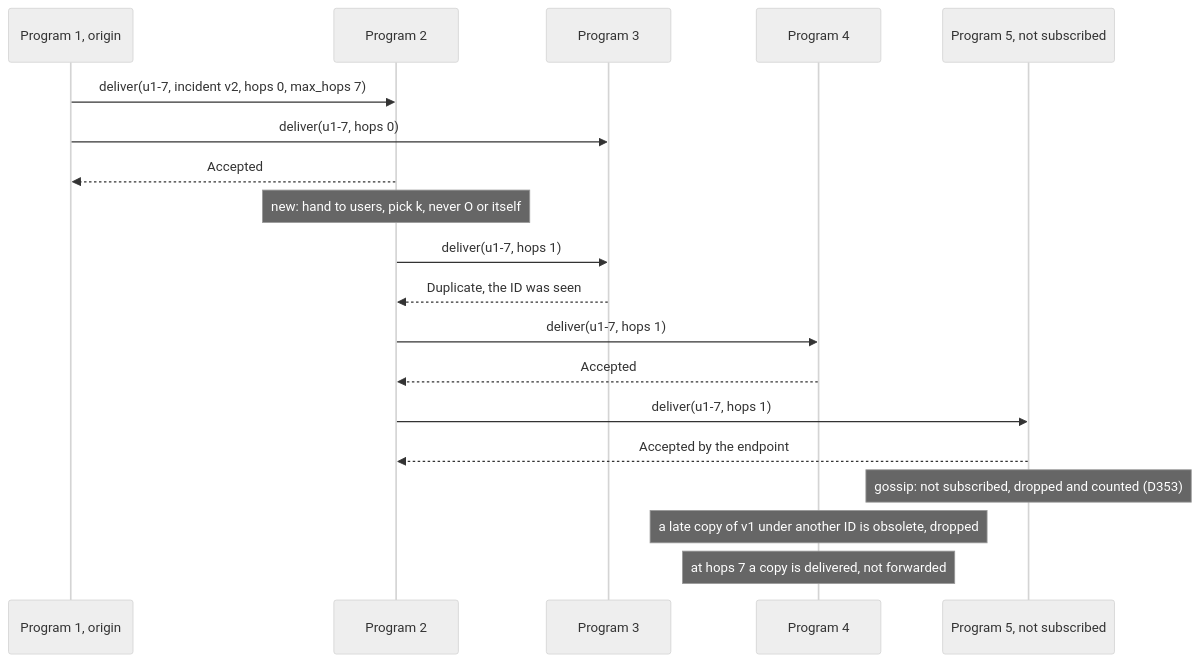
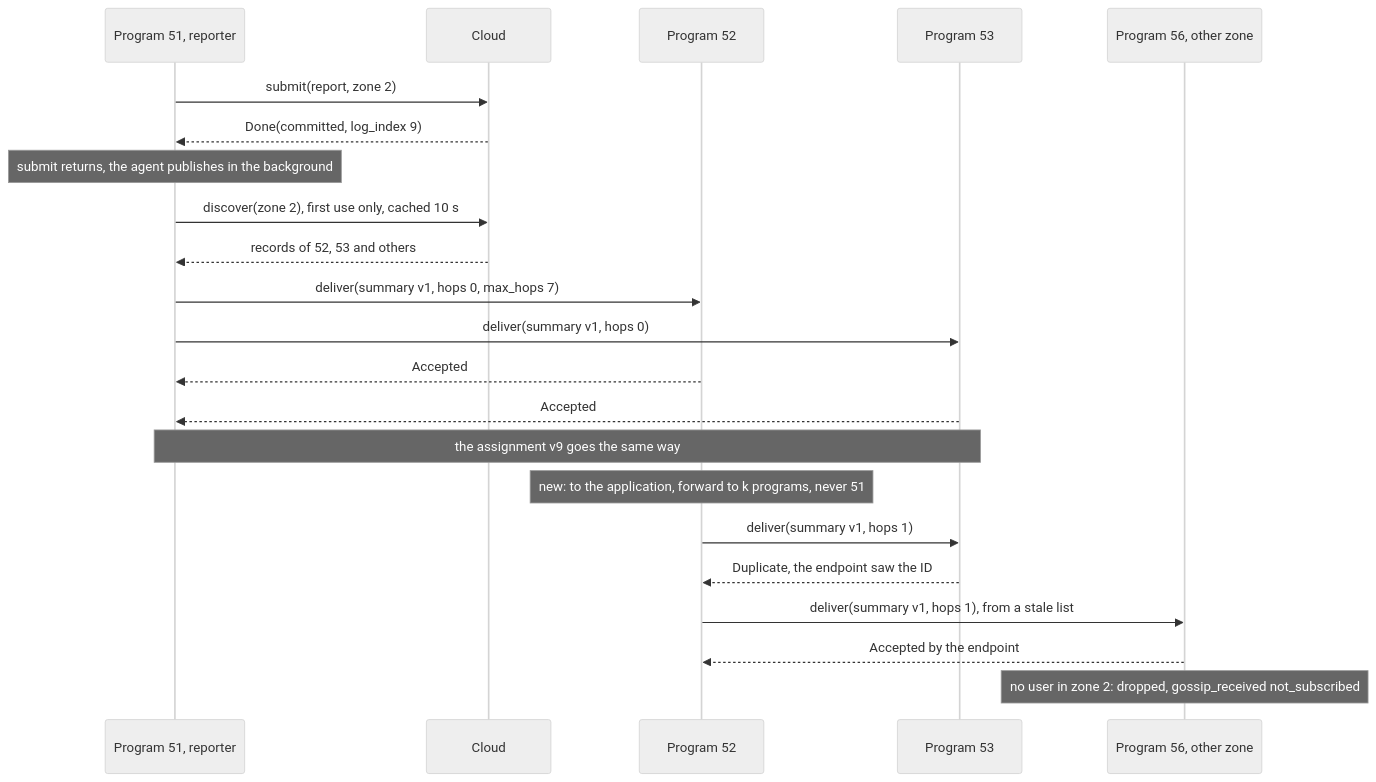
One commit to noortaytoy1/DistributedSystems changed diagram 53 of 54 in docs/architecture.md. Above: the diagram before and after it, drawn with Mermaid (neutral theme). The commit also changed other lines of this file and 15 other files, not shown here.

First line of the commit message:
Wire zone gossip into every client program (D351-D368) (#40)

````diff
--- a/docs/architecture.md
+++ b/docs/architecture.md
@@ -2230,21 +2264,24 @@
 ```mermaid
 sequenceDiagram
-    participant O as Program 1, origin
-    participant A as Program 2
-    participant B as Program 3
-    participant C as Program 4
-    participant N as Program 5, not subscribed
-    O->>A: deliver(u1-7, incident v2, hops 0, max_hops 7)
-    O->>B: deliver(u1-7, hops 0)
-    A-->>O: Accepted
-    Note over A: new: hand to users, pick k, never O or itself
-    A->>B: deliver(u1-7, hops 1)
-    B-->>A: Duplicate, the ID was seen
-    A->>C: deliver(u1-7, hops 1)
-    C-->>A: Accepted
-    A->>N: deliver(u1-7, hops 1)
+    participant R as Program 51, reporter
+    participant C as Cloud
+    participant A as Program 52
+    participant B as Program 53
+    participant N as Program 56, other zone
+    R->>C: submit(report, zone 2)
+    C-->>R: Done(committed, log_index 9)
+    Note over R: submit returns, the agent publishes in the background
+    R->>C: discover(zone 2), first use only, cached 10 s
+    C-->>R: records of 52, 53 and others
+    R->>A: deliver(summary v1, hops 0, max_hops 7)
+    R->>B: deliver(summary v1, hops 0)
+    A-->>R: Accepted
+    B-->>R: Accepted
+    Note over R,B: the assignment v9 goes the same way
+    Note over A: new: to the application, forward to k programs, never 51
+    A->>B: deliver(summary v1, hops 1)
+    B-->>A: Duplicate, the endpoint saw the ID
+    A->>N: deliver(summary v1, hops 1), from a stale list
     N-->>A: Accepted by the endpoint
-    Note over N: gossip: not subscribed, dropped and counted (D353)
-    Note over C: a late copy of v1 under another ID is obsolete, dropped
-    Note over C: at hops 7 a copy is delivered, not forwarded
+    Note over N: no user in zone 2: dropped, gossip_received not_subscribed
 ```
````
